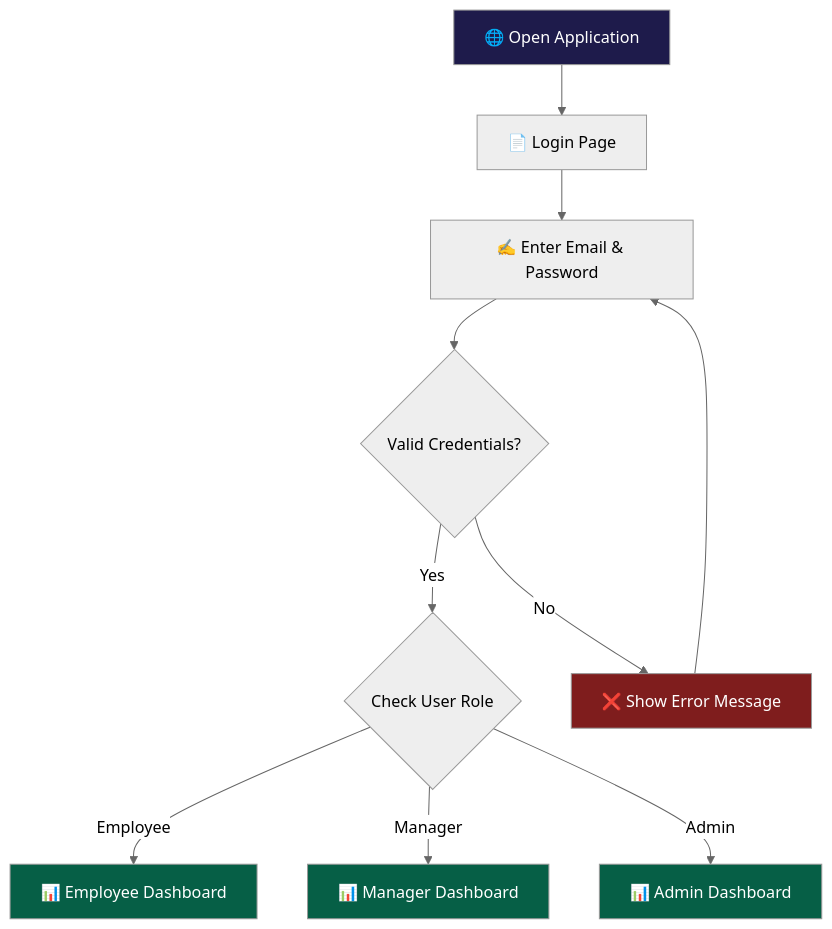
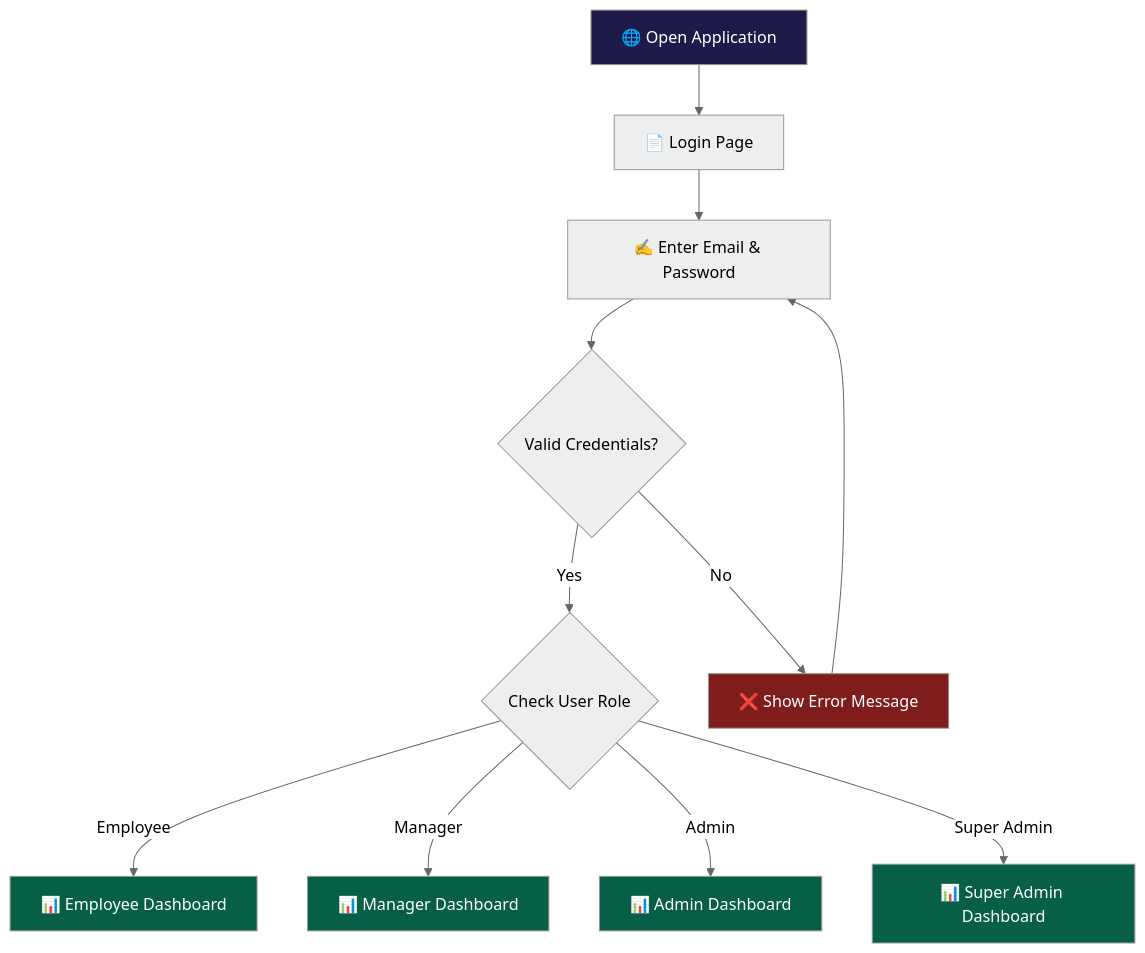
The first of 6 diagrams in docs/04-User-Flows.md (algorithnicmind/Bookflow-management), drawn with Mermaid (neutral theme) before and after one commit.

Commit message:
docs: add detailed user flow documentation with Mermaid diagrams

````diff
--- a/docs/04-User-Flows.md
+++ b/docs/04-User-Flows.md
@@ -11,18 +11,20 @@
 ```mermaid
 flowchart TD
     A[🌐 Open Application] --> B[📄 Login Page]
     B --> C[✍️ Enter Email & Password]
     C --> D{Valid Credentials?}
     D -->|Yes| E{Check User Role}
     D -->|No| F[❌ Show Error Message]
     F --> C
     E -->|Employee| G[📊 Employee Dashboard]
     E -->|Manager| H[📊 Manager Dashboard]
     E -->|Admin| I[📊 Admin Dashboard]
+    E -->|Super Admin| SA[📊 Super Admin Dashboard]
     
     style A fill:#1e1b4b,color:#fff
     style G fill:#065f46,color:#fff
     style H fill:#065f46,color:#fff
     style I fill:#065f46,color:#fff
+    style SA fill:#065f46,color:#fff
     style F fill:#7f1d1d,color:#fff
 ```
````
